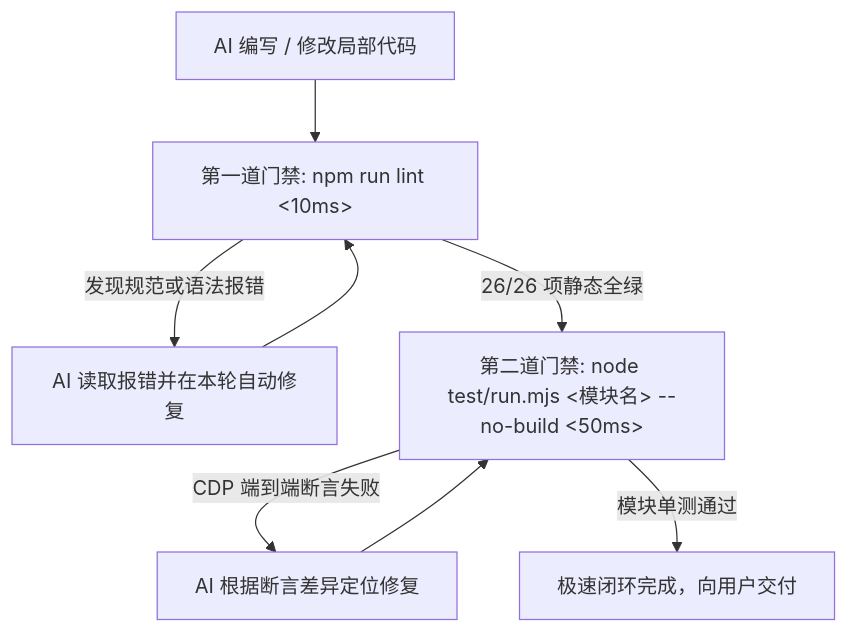
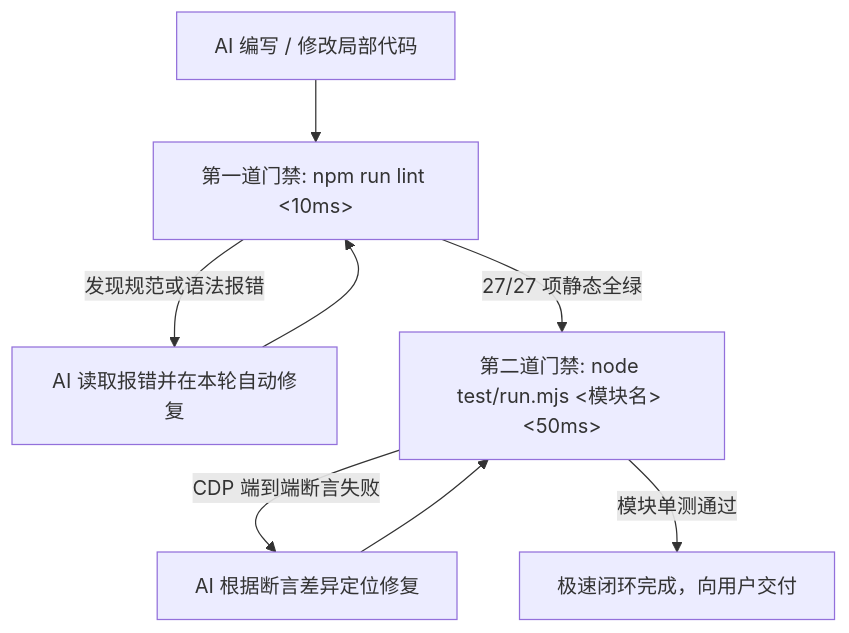
One commit to leosdcn/glass-start changed the diagram in AGENTS.md. Above: the diagram before and after it, drawn with Mermaid. The commit also changed other lines of this file and 3 other files, not shown here.

Commit message:
perf(test): implement smart incremental build perception and deprecate --no-build

````diff
--- a/AGENTS.md
+++ b/AGENTS.md
@@ -78,10 +79,10 @@
 ```mermaid
 flowchart TD
     A[AI 编写 / 修改局部代码] --> B[第一道门禁: npm run lint <10ms>]
     B -- 发现规范或语法报错 --> C[AI 读取报错并在本轮自动修复]
     C --> B
-    B -- 26/26 项静态全绿 --> D[第二道门禁: node test/run.mjs <模块名> --no-build <50ms>]
+    B -- 27/27 项静态全绿 --> D[第二道门禁: node test/run.mjs <模块名> <50ms>]
     D -- CDP 端到端断言失败 --> E[AI 根据断言差异定位修复]
     E --> D
     D -- 模块单测通过 --> F[极速闭环完成，向用户交付]
 ```
````
